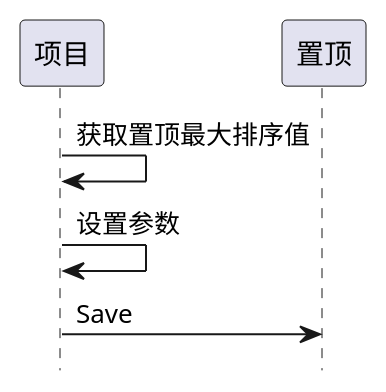
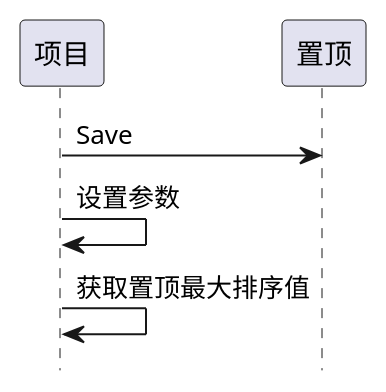
Before and after one commit to zj335841911/nt_chandao: the seventh of 17 diagrams in ibizpms-docs/src/main/doc/v1/module/zentao/Project_old.md, drawn with PlantUML. The commit also changed other lines of this file and 2125 other files, not shown here.

```diff
--- a/ibizpms-docs/src/main/doc/v1/module/zentao/Project_old.md
+++ b/ibizpms-docs/src/main/doc/v1/module/zentao/Project_old.md
@@ -387,7 +387,7 @@
 {% plantuml %}
 hide footbox
 
+项目 -> 置顶: Save
+项目 -> 项目: 设置参数
 项目 -> 项目: 获取置顶最大排序值
-项目 -> 项目: 设置参数
-项目 -> 置顶: Save
 {% endplantuml %}
```
